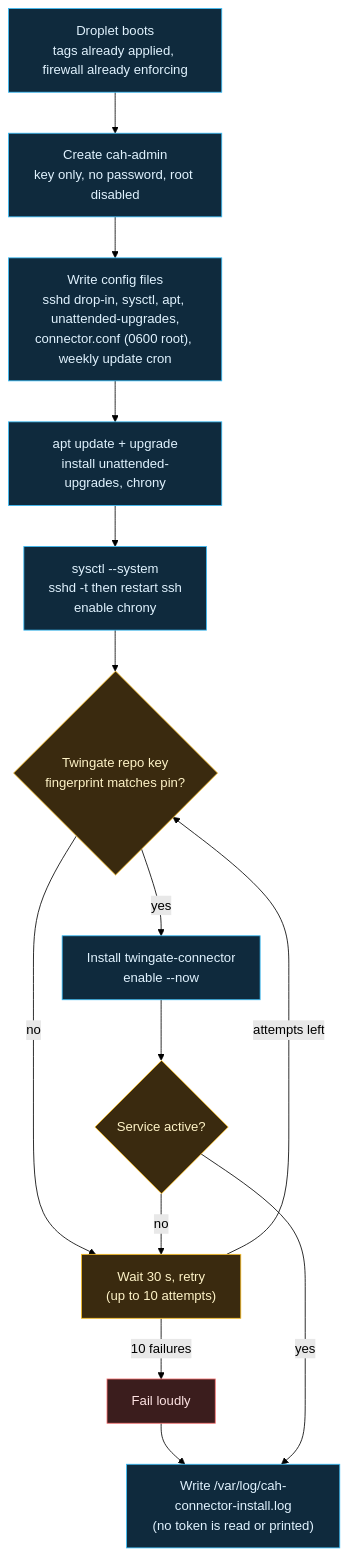
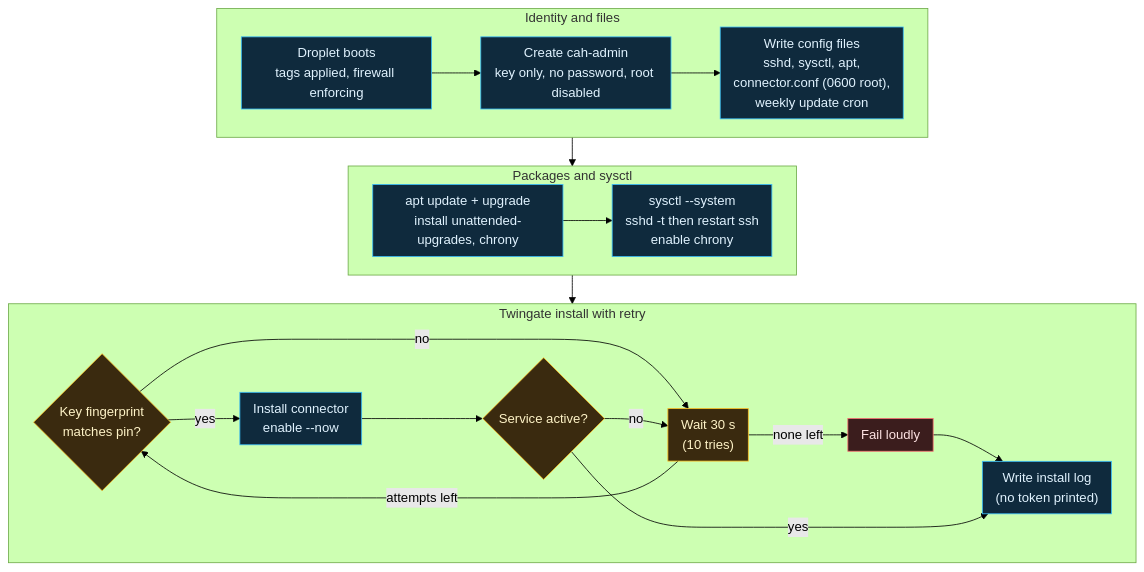
The diagram in docs/wiki/Droplet-Hardening.md (ChiefGyk3D/Clouds-Against-Humanity), drawn with Mermaid (forest theme) before and after one commit. The commit also changed 7 other files, not shown here.

First line of the commit message:
Lay out three tall diagrams wide and add an aspect-ratio test

````diff
--- a/docs/wiki/Droplet-Hardening.md
+++ b/docs/wiki/Droplet-Hardening.md
@@ -20,25 +20,37 @@
 ```mermaid
+%%{init: {"flowchart": {"nodeSpacing": 25, "rankSpacing": 35, "padding": 8}}}%%
 flowchart TD
-    boot["Droplet boots<br/>tags already applied, firewall already enforcing"]:::cloud
-    users["Create cah-admin<br/>key only, no password, root disabled"]:::cloud
-    files["Write config files<br/>sshd drop-in, sysctl, apt, unattended-upgrades,<br/>connector.conf (0600 root), weekly update cron"]:::cloud
-    pkgs["apt update + upgrade<br/>install unattended-upgrades, chrony"]:::cloud
-    sys["sysctl --system<br/>sshd -t then restart ssh<br/>enable chrony"]:::cloud
-    key{"Twingate repo key<br/>fingerprint matches pin?"}:::warn
-    inst["Install twingate-connector<br/>enable --now"]:::cloud
-    act{"Service active?"}:::warn
-    retry["Wait 30 s, retry<br/>(up to 10 attempts)"]:::warn
-    fail["Fail loudly"]:::ext
-    log["Write /var/log/cah-connector-install.log<br/>(no token is read or printed)"]:::cloud
-    boot --> users --> files --> pkgs --> sys --> key
-    key -- "yes" --> inst --> act
-    key -- "no" --> retry
-    act -- "no" --> retry
-    retry -- "attempts left" --> key
-    retry -- "10 failures" --> fail --> log
-    act -- "yes" --> log
+    subgraph A["Identity and files"]
+        direction LR
+        boot["Droplet boots<br/>tags applied, firewall enforcing"]:::cloud
+        users["Create cah-admin<br/>key only, no password, root disabled"]:::cloud
+        files["Write config files<br/>sshd, sysctl, apt,<br/>connector.conf (0600 root),<br/>weekly update cron"]:::cloud
+        boot --> users --> files
+    end
+    subgraph B["Packages and sysctl"]
+        direction LR
+        pkgs["apt update + upgrade<br/>install unattended-upgrades, chrony"]:::cloud
+        sys["sysctl --system<br/>sshd -t then restart ssh<br/>enable chrony"]:::cloud
+        pkgs --> sys
+    end
+    subgraph C["Twingate install with retry"]
+        direction LR
+        key{"Key fingerprint<br/>matches pin?"}:::warn
+        inst["Install connector<br/>enable --now"]:::cloud
+        act{"Service active?"}:::warn
+        retry["Wait 30 s<br/>(10 tries)"]:::warn
+        fail["Fail loudly"]:::ext
+        log["Write install log<br/>(no token printed)"]:::cloud
+        key -- "yes" --> inst --> act
+        key -- "no" --> retry
+        act -- "no" --> retry
+        retry -- "attempts left" --> key
+        retry -- "none left" --> fail --> log
+        act -- "yes" --> log
+    end
+    A --> B --> C
 
     classDef ext fill:#3b1d1d,stroke:#f87171,color:#fde2e2
     classDef cloud fill:#0f2a3d,stroke:#38bdf8,color:#e0f2fe
     classDef warn fill:#3a2a0f,stroke:#fbbf24,color:#fef3c7
 ```
````
